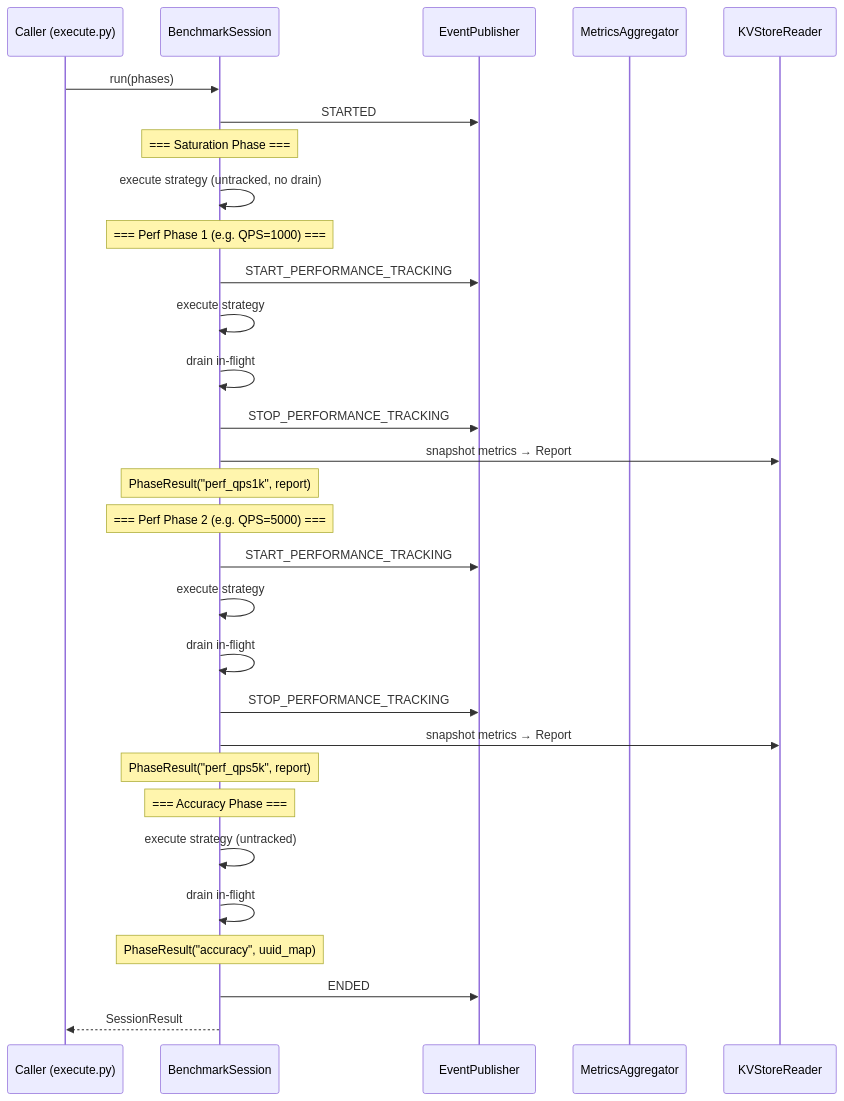
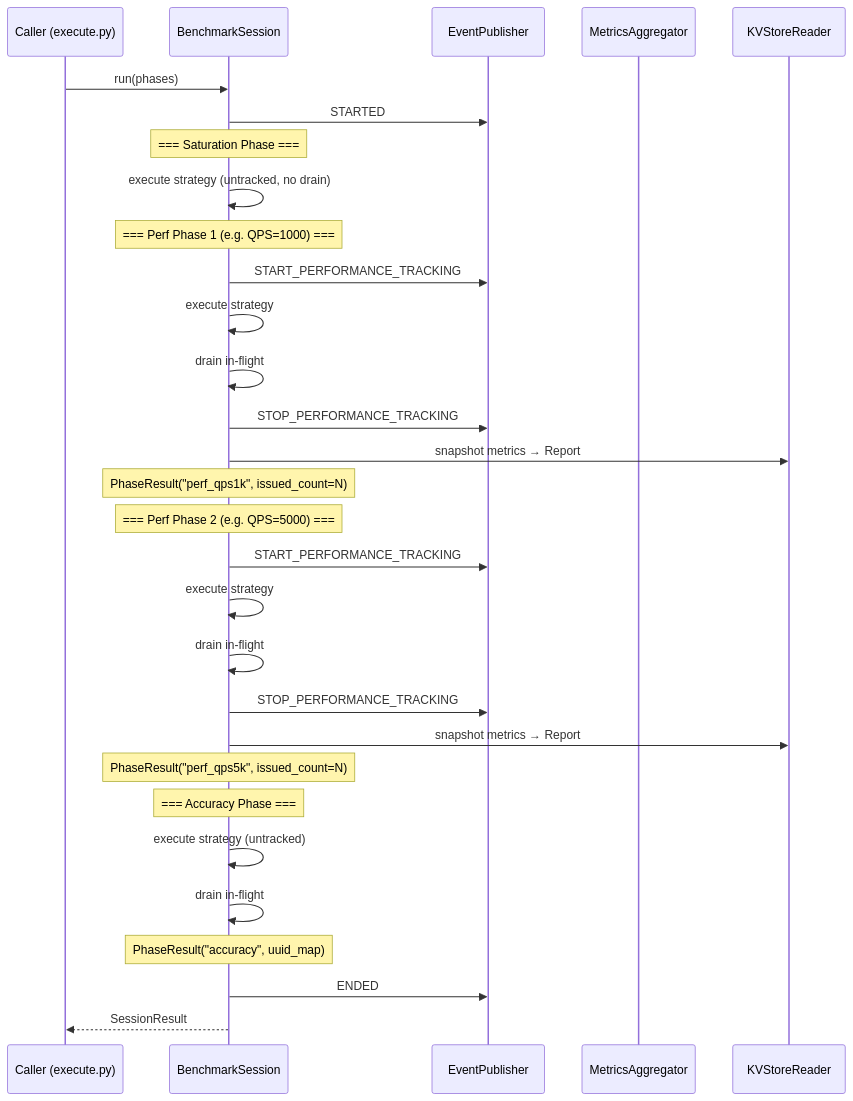
One commit to mlcommons/endpoints changed the second of 5 diagrams in docs/load_generator/DESIGN.md. Above: the diagram before and after it, drawn with Mermaid. The commit also changed other lines of this file and 13 other files, not shown here.

````diff
--- a/docs/load_generator/DESIGN.md
+++ b/docs/load_generator/DESIGN.md
@@ -523,38 +531,38 @@
 ```mermaid
 sequenceDiagram
     participant C as Caller (execute.py)
     participant B as BenchmarkSession
     participant E as EventPublisher
     participant M as MetricsAggregator
     participant K as KVStoreReader
 
     C->>B: run(phases)
     B->>E: STARTED
 
     Note over B: === Saturation Phase ===
     B->>B: execute strategy (untracked, no drain)
 
     Note over B: === Perf Phase 1 (e.g. QPS=1000) ===
     B->>E: START_PERFORMANCE_TRACKING
     B->>B: execute strategy
     B->>B: drain in-flight
     B->>E: STOP_PERFORMANCE_TRACKING
     B->>K: snapshot metrics → Report
-    Note over B: PhaseResult("perf_qps1k", report)
+    Note over B: PhaseResult("perf_qps1k", issued_count=N)
 
     Note over B: === Perf Phase 2 (e.g. QPS=5000) ===
     B->>E: START_PERFORMANCE_TRACKING
     B->>B: execute strategy
     B->>B: drain in-flight
     B->>E: STOP_PERFORMANCE_TRACKING
     B->>K: snapshot metrics → Report
-    Note over B: PhaseResult("perf_qps5k", report)
+    Note over B: PhaseResult("perf_qps5k", issued_count=N)
 
     Note over B: === Accuracy Phase ===
     B->>B: execute strategy (untracked)
     B->>B: drain in-flight
     Note over B: PhaseResult("accuracy", uuid_map)
 
     B->>E: ENDED
     B-->>C: SessionResult
 ```
````
